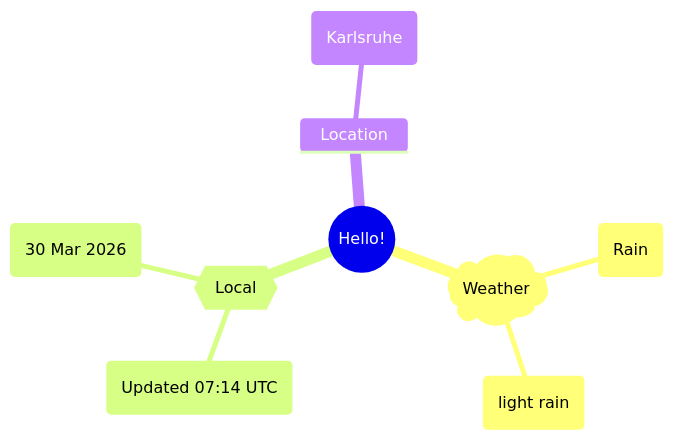
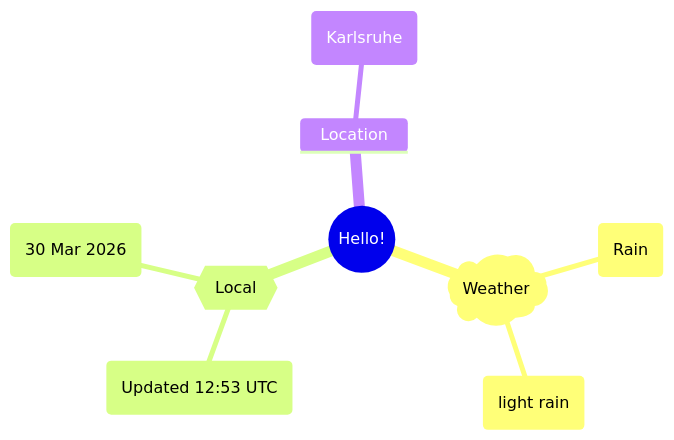
Before and after one commit to Xosrov/Xosrov: the first of 2 diagrams in README.md, drawn with Mermaid.

Commit message:
[bot] updated images

````diff
--- a/README.md
+++ b/README.md
@@ -3,12 +3,12 @@
 ```mermaid
 mindmap
   root((Hello!))
     )Weather(
         (Rain)
         (light rain)
     {{Local}}
-        (Updated 07:14 UTC)
+        (Updated 12:53 UTC)
         (30 Mar 2026)
     Location
         (Karlsruhe)
 ```
````
